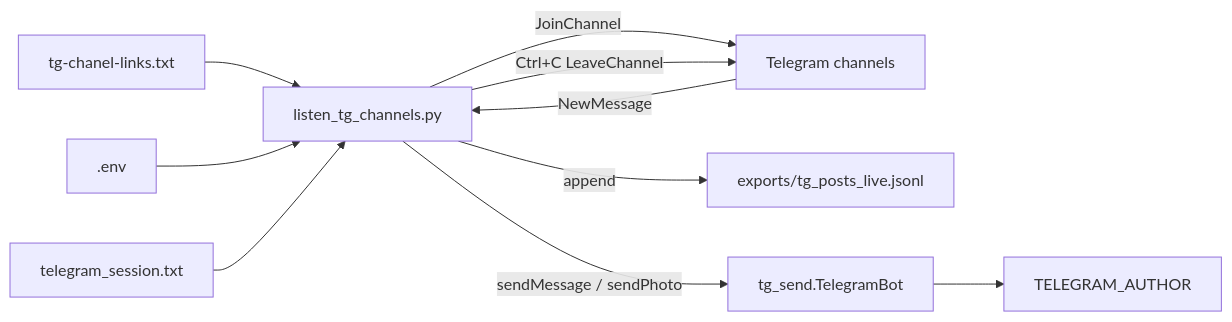
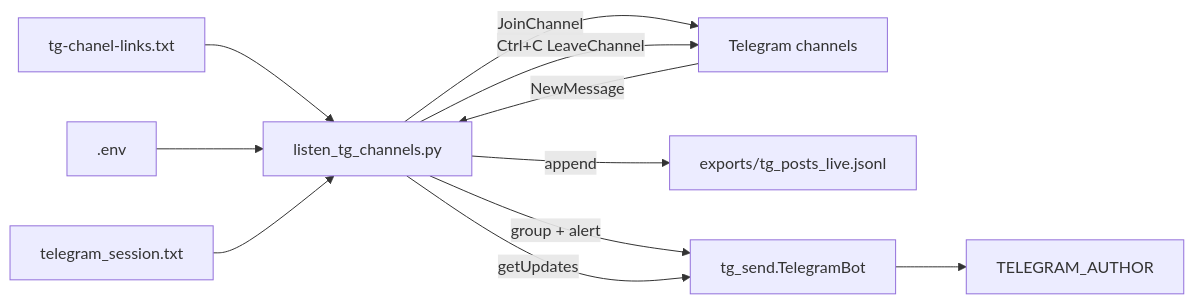
One commit to nihlt/tg-air-alerts changed the diagram in docs/LIVE_LISTENER.md. Above: the diagram before and after it, drawn with Mermaid. The commit also changed other lines of this file and 10 other files, not shown here.

````diff
--- a/docs/LIVE_LISTENER.md
+++ b/docs/LIVE_LISTENER.md
@@ -19,12 +19,13 @@
 ```mermaid
 flowchart LR
   links[tg-chanel-links.txt] --> listen[listen_tg_channels.py]
   env[.env] --> listen
   session[telegram_session.txt] --> listen
   listen -->|JoinChannel| tg[Telegram channels]
   tg -->|NewMessage| listen
   listen -->|append| jsonl[exports/tg_posts_live.jsonl]
-  listen -->|sendMessage / sendPhoto| bot[tg_send.TelegramBot]
+  listen -->|group + alert| bot[tg_send.TelegramBot]
   bot --> author[TELEGRAM_AUTHOR]
+  listen -->|getUpdates| bot
   listen -->|Ctrl+C LeaveChannel| tg
 ```
````
